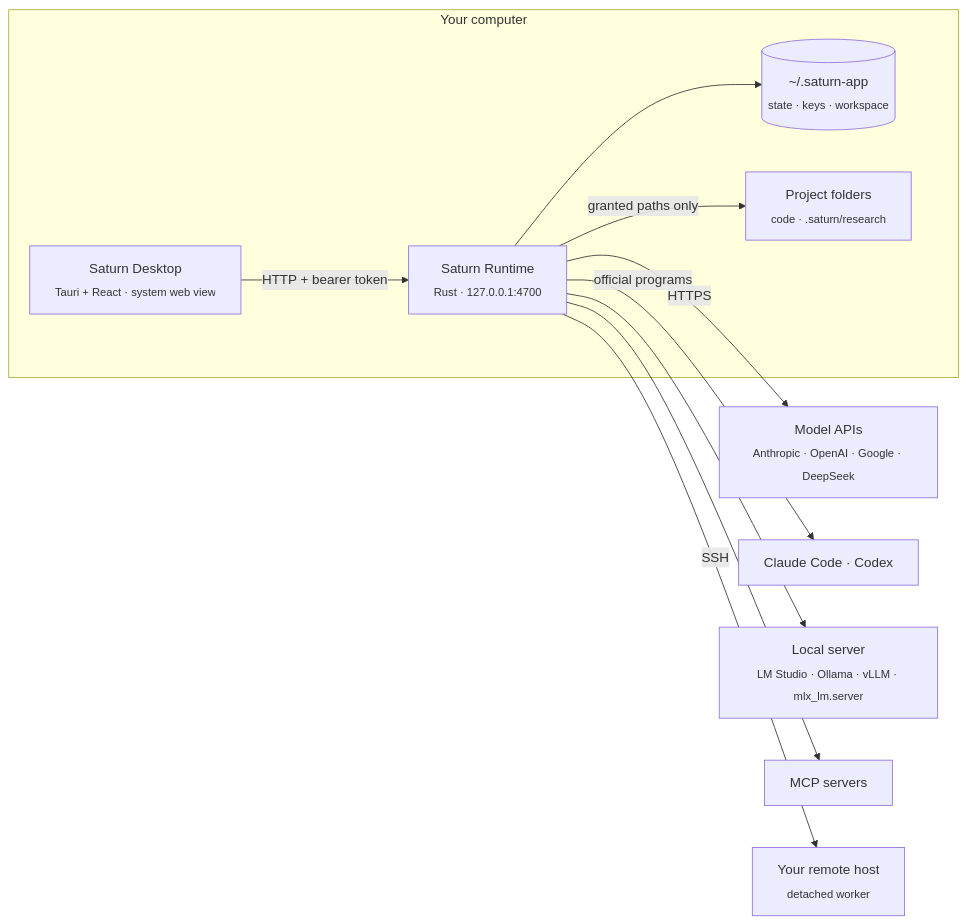
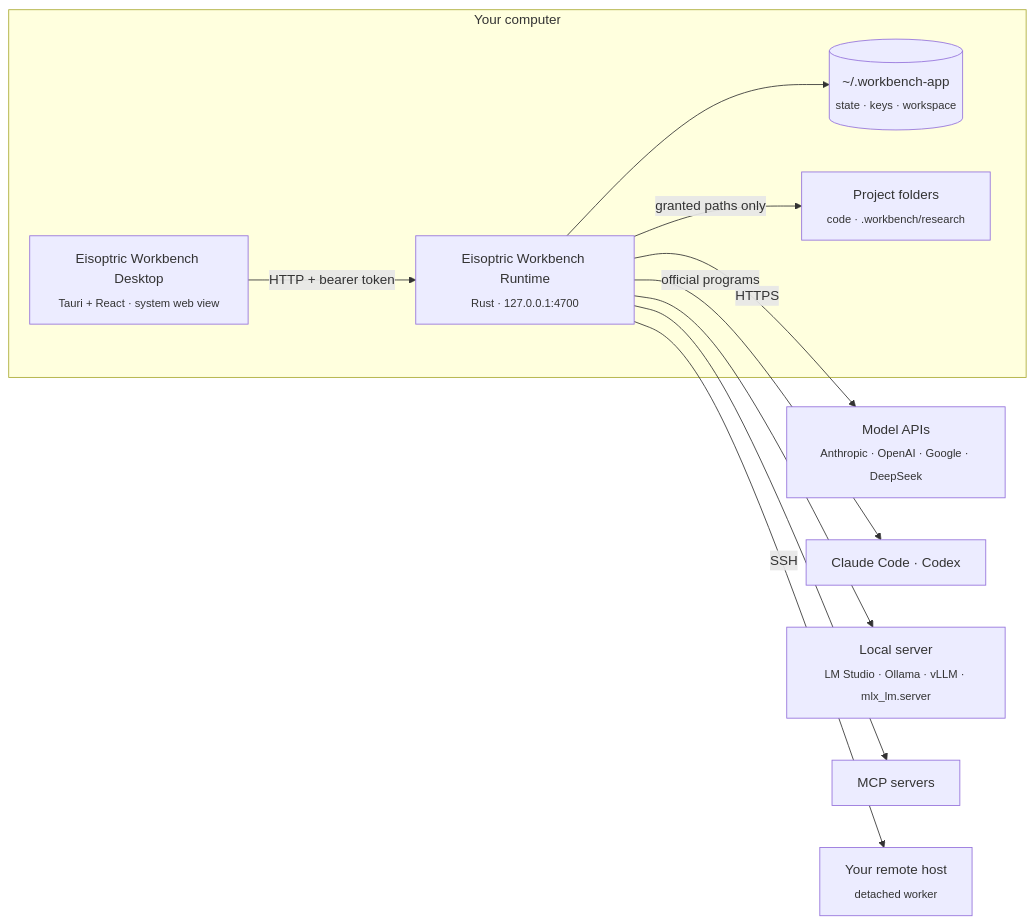
The diagram in README.md (Saturn-Technology-Project/Saturn-App), drawn with Mermaid before and after one commit. The commit also changed other lines of this file and 721 other files, not shown here.

First line of the commit message:
Brand: rename Saturn to Eisoptric Workbench

````diff
--- a/README.md
+++ b/README.md
@@ -212,17 +212,17 @@
 ```mermaid
 flowchart LR
   subgraph Machine["Your computer"]
-    D["Saturn Desktop<br/><sub>Tauri + React · system web view</sub>"]
-    R["Saturn Runtime<br/><sub>Rust · 127.0.0.1:4700</sub>"]
-    S[("~/.saturn-app<br/><sub>state · keys · workspace</sub>")]
-    P["Project folders<br/><sub>code · .saturn/research</sub>"]
+    D["Eisoptric Workbench Desktop<br/><sub>Tauri + React · system web view</sub>"]
+    R["Eisoptric Workbench Runtime<br/><sub>Rust · 127.0.0.1:4700</sub>"]
+    S[("~/.workbench-app<br/><sub>state · keys · workspace</sub>")]
+    P["Project folders<br/><sub>code · .workbench/research</sub>"]
     D -- "HTTP + bearer token" --> R
     R --> S
     R -- "granted paths only" --> P
   end
   R -- "HTTPS" --> M["Model APIs<br/><sub>Anthropic · OpenAI · Google · DeepSeek</sub>"]
   R -- "official programs" --> C["Claude Code · Codex"]
   R --> L["Local server<br/><sub>LM Studio · Ollama · vLLM · mlx_lm.server</sub>"]
   R --> X["MCP servers"]
   R -- "SSH" --> H["Your remote host<br/><sub>detached worker</sub>"]
 ```
````
